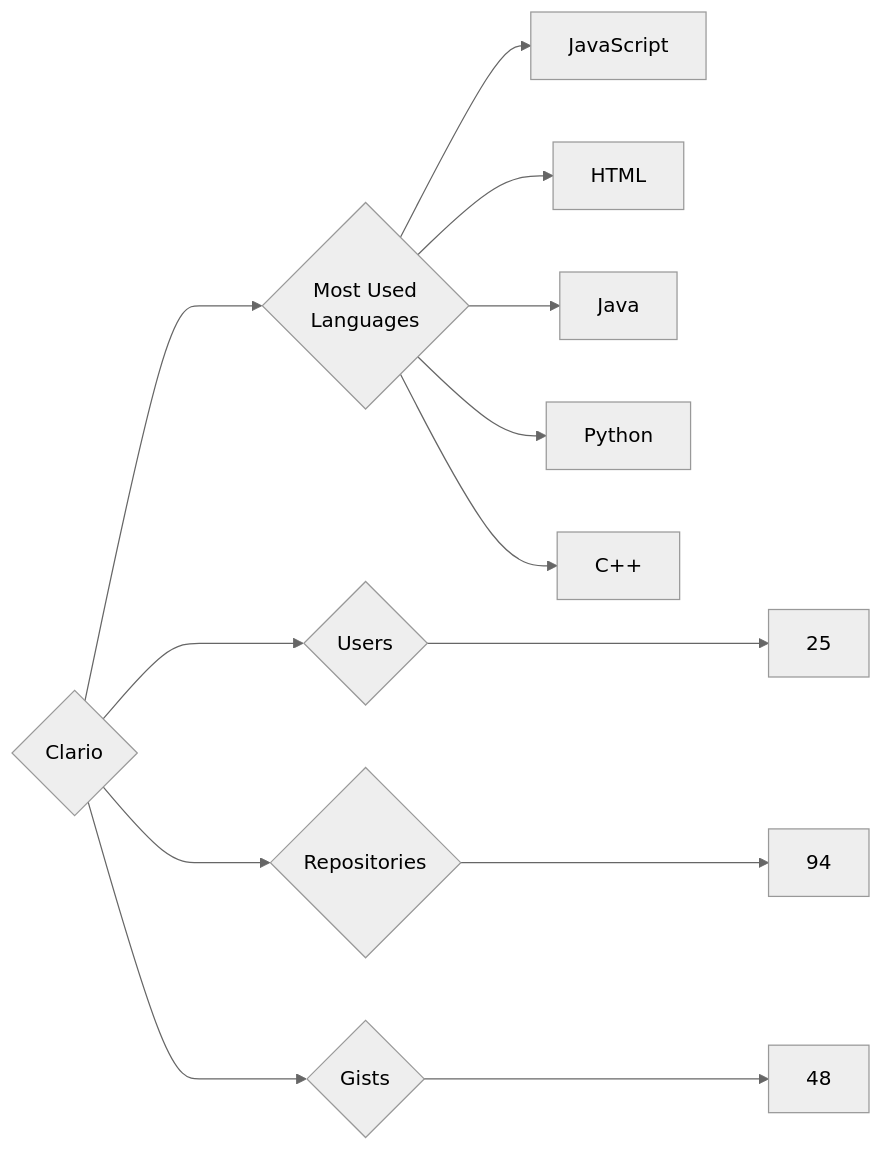
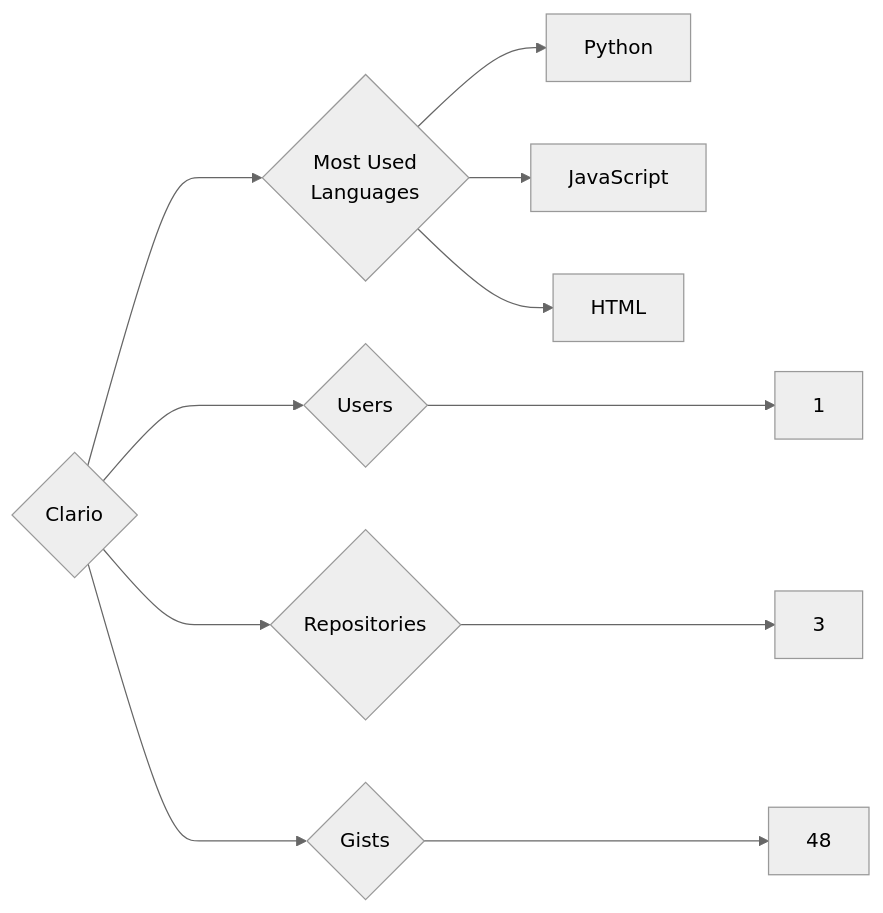
Before and after one commit to trickest/insiders: the diagram in targets/Clario/README.md, drawn with Mermaid (neutral theme). The commit also changed 757 other files, not shown here.

````diff
--- a/targets/Clario/README.md
+++ b/targets/Clario/README.md
@@ -3,13 +3,11 @@
 ```mermaid
 graph LR
 COMPANY_NAME{Clario}
-COMPANY_NAME ---> U{Users} ---> UN[25]
-COMPANY_NAME ---> R{Repositories} ---> RN[94]
+COMPANY_NAME ---> U{Users} ---> UN[1]
+COMPANY_NAME ---> R{Repositories} ---> RN[3]
 COMPANY_NAME ---> G{Gists} ---> GN[48]
 COMPANY_NAME ---> ML{Most Used<br>Languages}
+ML --> Python[Python]
 ML --> JavaScript[JavaScript]
 ML --> HTML[HTML]
-ML --> Java[Java]
-ML --> Python[Python]
-ML --> C++[C++]
 ```
````
